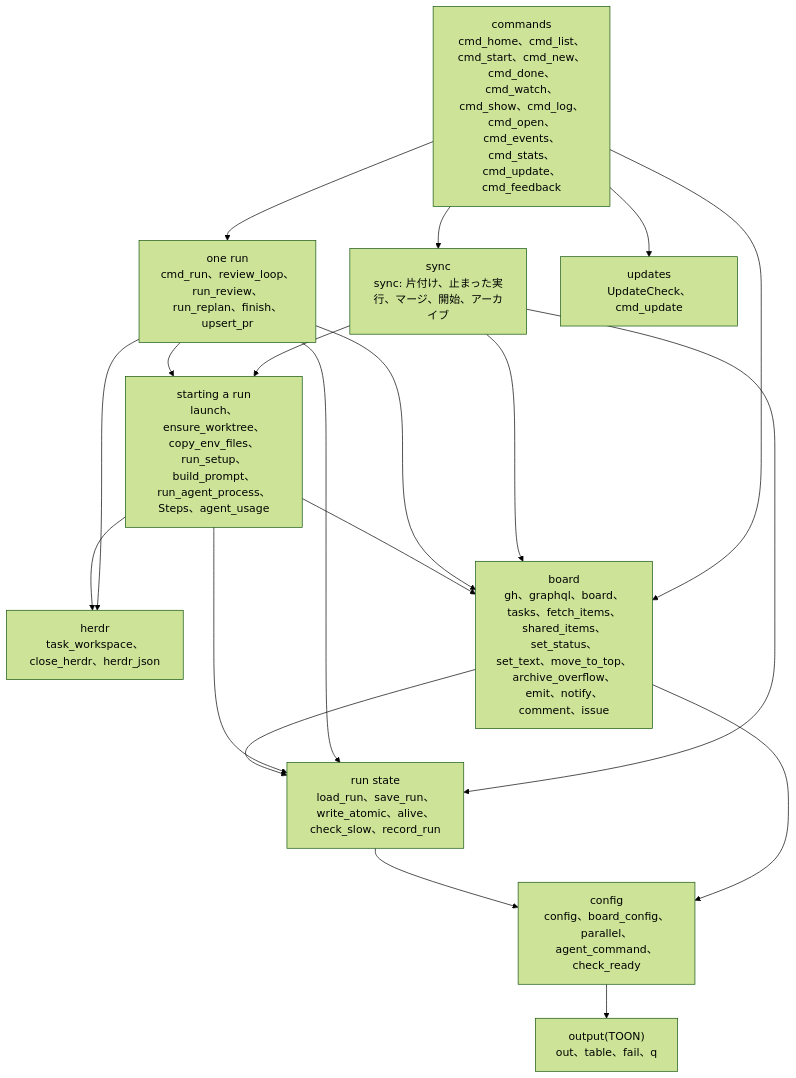
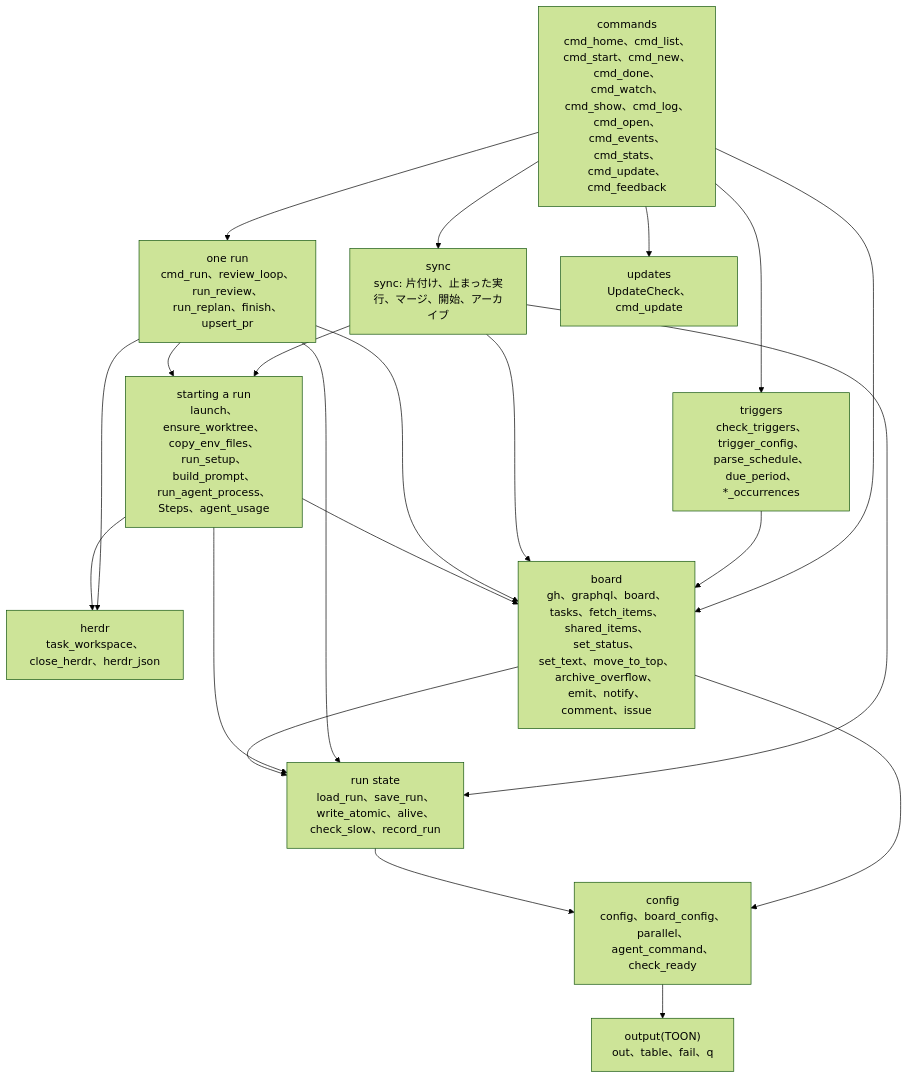
The first of 7 diagrams in docs/architecture/lld.md (jyoka/task-hub), drawn with Mermaid (forest theme) before and after one commit. The commit also changed other lines of this file and 9 other files, not shown here.

````diff
--- a/docs/architecture/lld.md
+++ b/docs/architecture/lld.md
@@ -11,32 +11,35 @@
 ```mermaid
 flowchart TB
     commands["commands<br/>cmd_home、cmd_list、cmd_start、cmd_new、cmd_done、cmd_watch、<br/>cmd_show、cmd_log、cmd_open、cmd_events、cmd_stats、cmd_update、cmd_feedback"]
     sync["sync<br/>sync: 片付け、止まった実行、マージ、開始、アーカイブ"]
     runone["one run<br/>cmd_run、review_loop、run_review、run_replan、finish、upsert_pr"]
     start["starting a run<br/>launch、ensure_worktree、copy_env_files、run_setup、build_prompt、<br/>run_agent_process、Steps、agent_usage"]
     herdr["herdr<br/>task_workspace、close_herdr、herdr_json"]
     runstate["run state<br/>load_run、save_run、write_atomic、alive、check_slow、record_run"]
     boardl["board<br/>gh、graphql、board、tasks、fetch_items、shared_items、set_status、<br/>set_text、move_to_top、archive_overflow、emit、notify、comment、issue"]
     config["config<br/>config、board_config、parallel、agent_command、check_ready"]
     output["output(TOON)<br/>out、table、fail、q"]
     updates["updates<br/>UpdateCheck、cmd_update"]
+    triggers["triggers<br/>check_triggers、trigger_config、parse_schedule、due_period、*_occurrences"]
 
     commands --> sync
     commands --> runone
     commands --> boardl
     commands --> updates
+    commands --> triggers
+    triggers --> boardl
     sync --> start
     sync --> boardl
     sync --> runstate
     runone --> start
     runone --> boardl
     runone --> runstate
     runone --> herdr
     start --> herdr
     start --> runstate
     start --> boardl
     boardl --> runstate
     boardl --> config
     runstate --> config
     config --> output
 ```
````
